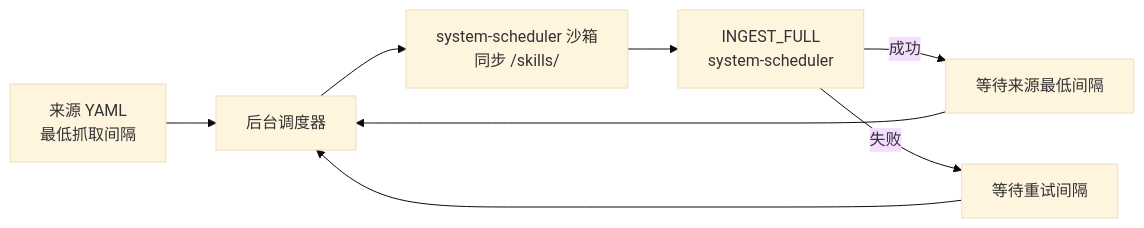
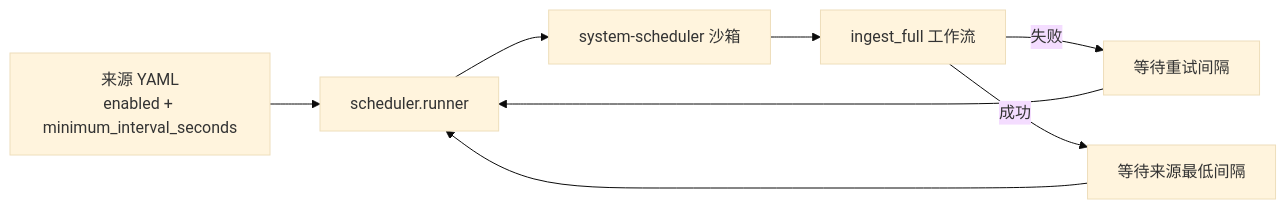
Before and after one commit to greenC2h/ThreatWeave: the ninth of 9 diagrams in doc/PROJECT_DOCUMENTATION.md, drawn with Mermaid (base theme). The commit also changed other lines of this file and 3 other files, not shown here.

````diff
--- a/doc/PROJECT_DOCUMENTATION.md
+++ b/doc/PROJECT_DOCUMENTATION.md
@@ -614,10 +626,10 @@
 ```mermaid
 flowchart LR
-    CONFIG["来源 YAML<br/>最低抓取间隔"] --> SCHEDULER["后台调度器"]
-    SCHEDULER --> SYSTEM_SB["system-scheduler 沙箱<br/>同步 /skills/"]
-    SYSTEM_SB --> FLOW["INGEST_FULL<br/>system-scheduler"]
-    FLOW -->|"成功"| WAIT["等待来源最低间隔"]
-    FLOW -->|"失败"| RETRY["等待重试间隔"]
-    WAIT --> SCHEDULER
-    RETRY --> SCHEDULER
+    YAML["来源 YAML<br/>enabled + minimum_interval_seconds"] --> LOOP["scheduler.runner"]
+    LOOP --> SB["system-scheduler 沙箱"]
+    SB --> WF["ingest_full 工作流"]
+    WF -->|"失败"| RETRY["等待重试间隔"]
+    WF -->|"成功"| WAIT["等待来源最低间隔"]
+    RETRY --> LOOP
+    WAIT --> LOOP
 ```
````
